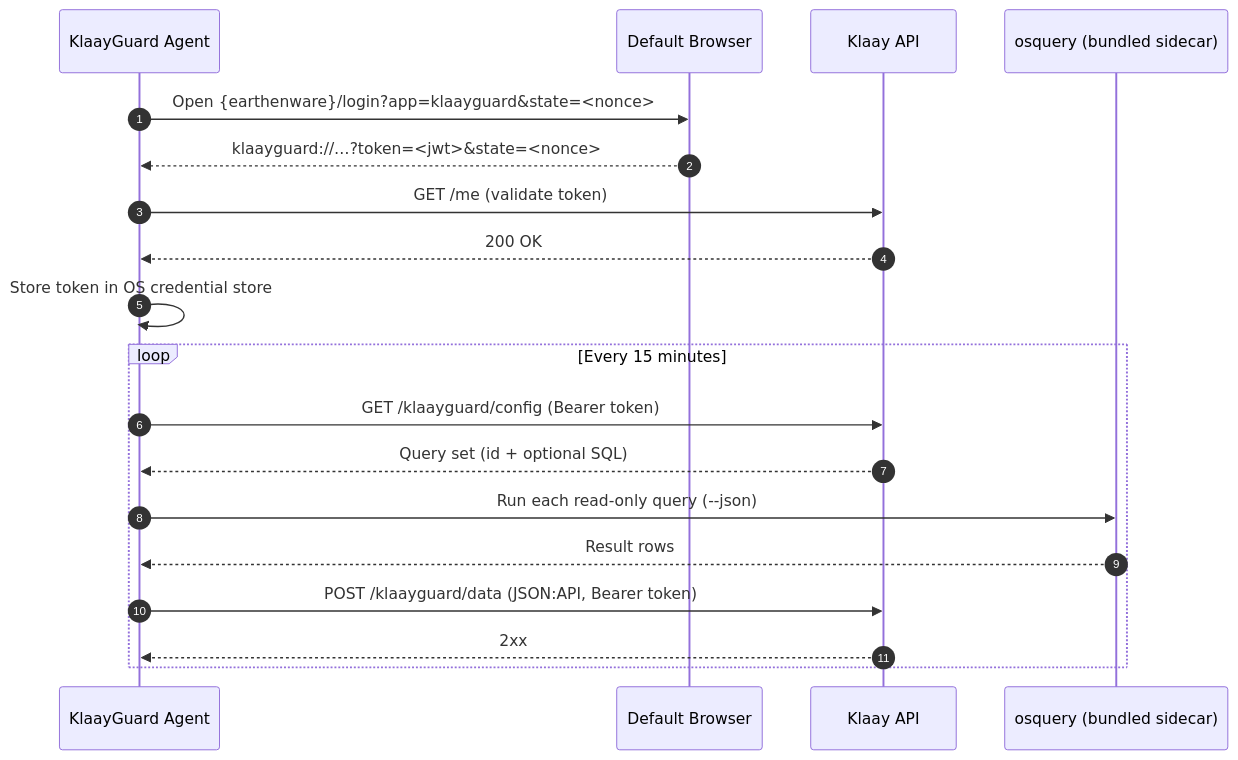
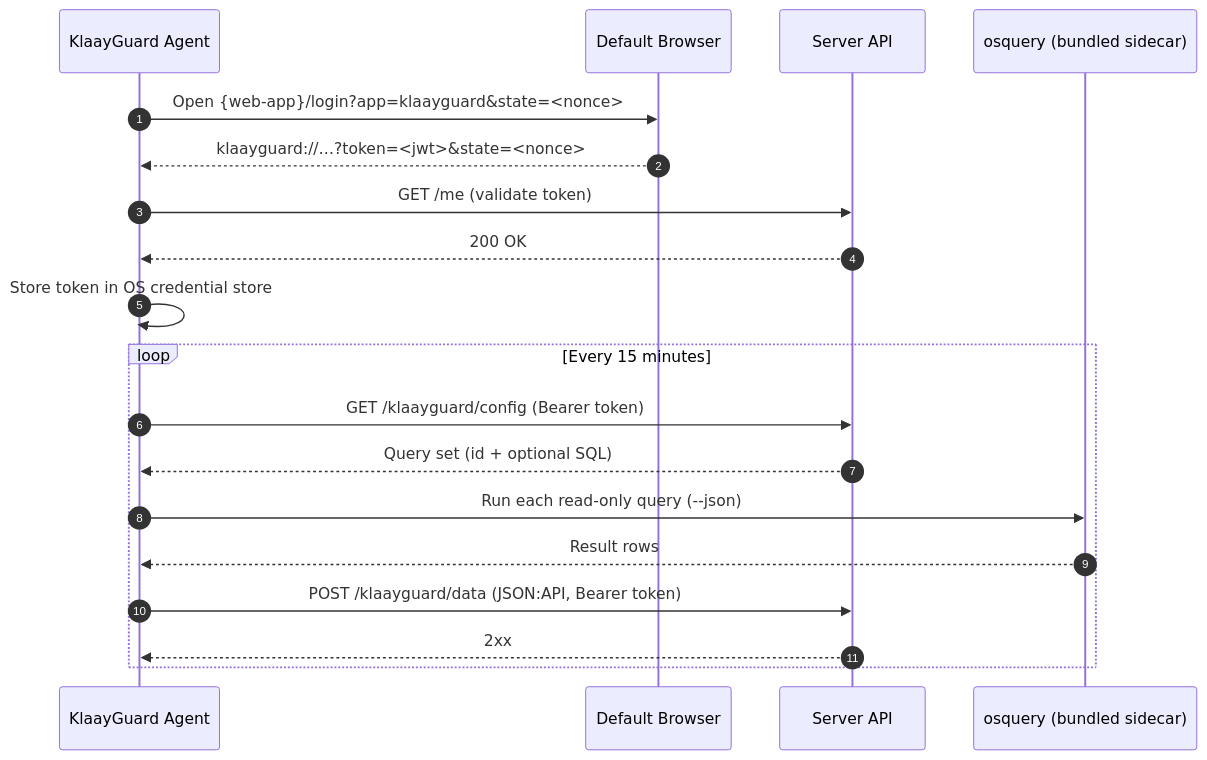
One commit to klaayinc/klaayguard changed the diagram in README.md. Above: the diagram before and after it, drawn with Mermaid. The commit also changed other lines of this file, not shown here.

````diff
--- a/README.md
+++ b/README.md
@@ -19,25 +24,25 @@
 ```mermaid
 sequenceDiagram
     autonumber
     participant Agent as KlaayGuard Agent
     participant Browser as Default Browser
-    participant API as Klaay API
+    participant API as Server API
     participant Osquery as osquery (bundled sidecar)
 
     %% Sign-in (first launch or after 401/403)
-    Agent->>Browser: Open {earthenware}/login?app=klaayguard&state=<nonce>
+    Agent->>Browser: Open {web-app}/login?app=klaayguard&state=<nonce>
     Browser-->>Agent: klaayguard://…?token=<jwt>&state=<nonce>
     Agent->>API: GET /me (validate token)
     API-->>Agent: 200 OK
     Agent->>Agent: Store token in OS credential store
 
     %% Collection loop
     loop Every 15 minutes
         Agent->>API: GET /klaayguard/config (Bearer token)
         API-->>Agent: Query set (id + optional SQL)
         Agent->>Osquery: Run each read-only query (--json)
         Osquery-->>Agent: Result rows
         Agent->>API: POST /klaayguard/data (JSON:API, Bearer token)
         API-->>Agent: 2xx
     end
 ```
````
